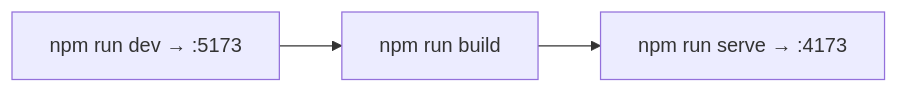
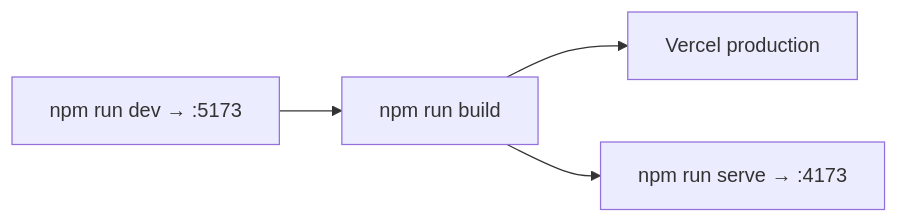
Before and after one commit to mmishra0321/NYKAA_MVP: the fourth of 4 diagrams in architecture.md, drawn with Mermaid. The commit also changed other lines of this file and 15 other files, not shown here.

````diff
--- a/architecture.md
+++ b/architecture.md
@@ -708,5 +708,6 @@
 ```mermaid
 flowchart LR
     Dev["npm run dev → :5173"] --> Build["npm run build"]
+    Build --> Vercel["Vercel production"]
     Build --> Preview["npm run serve → :4173"]
 ```
````
